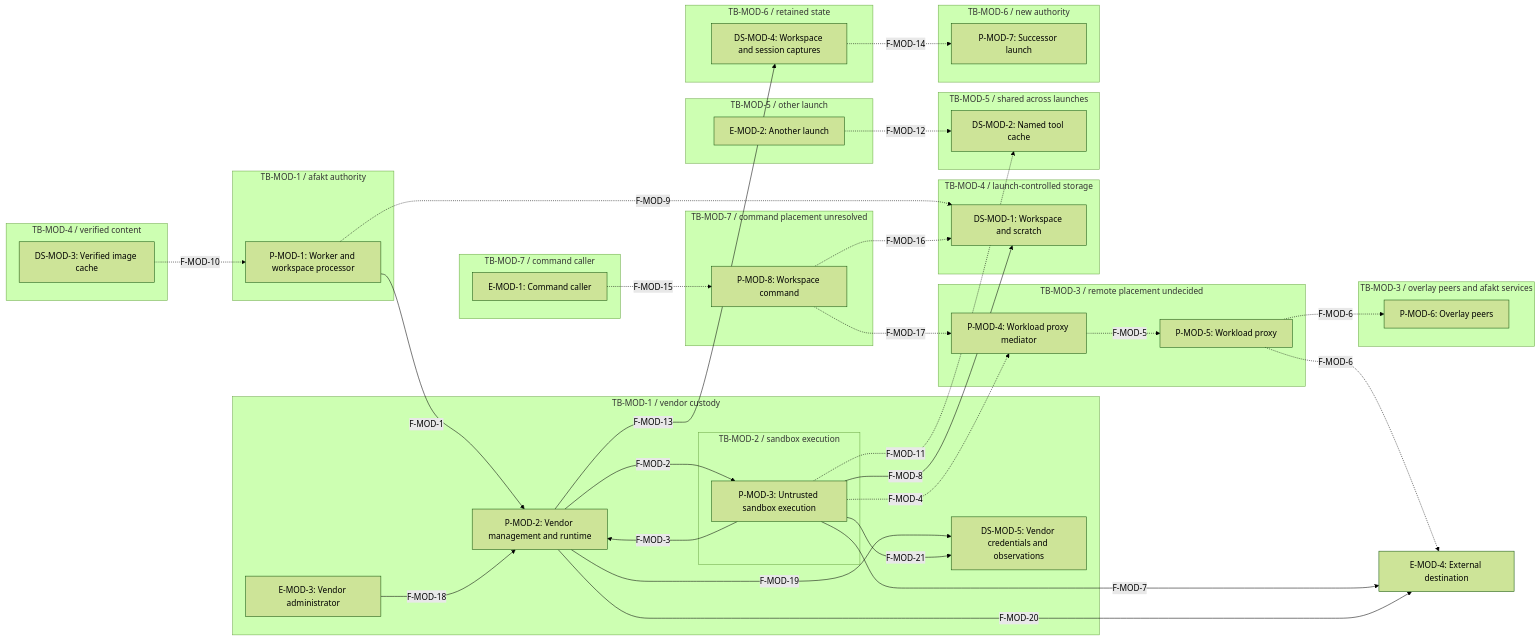
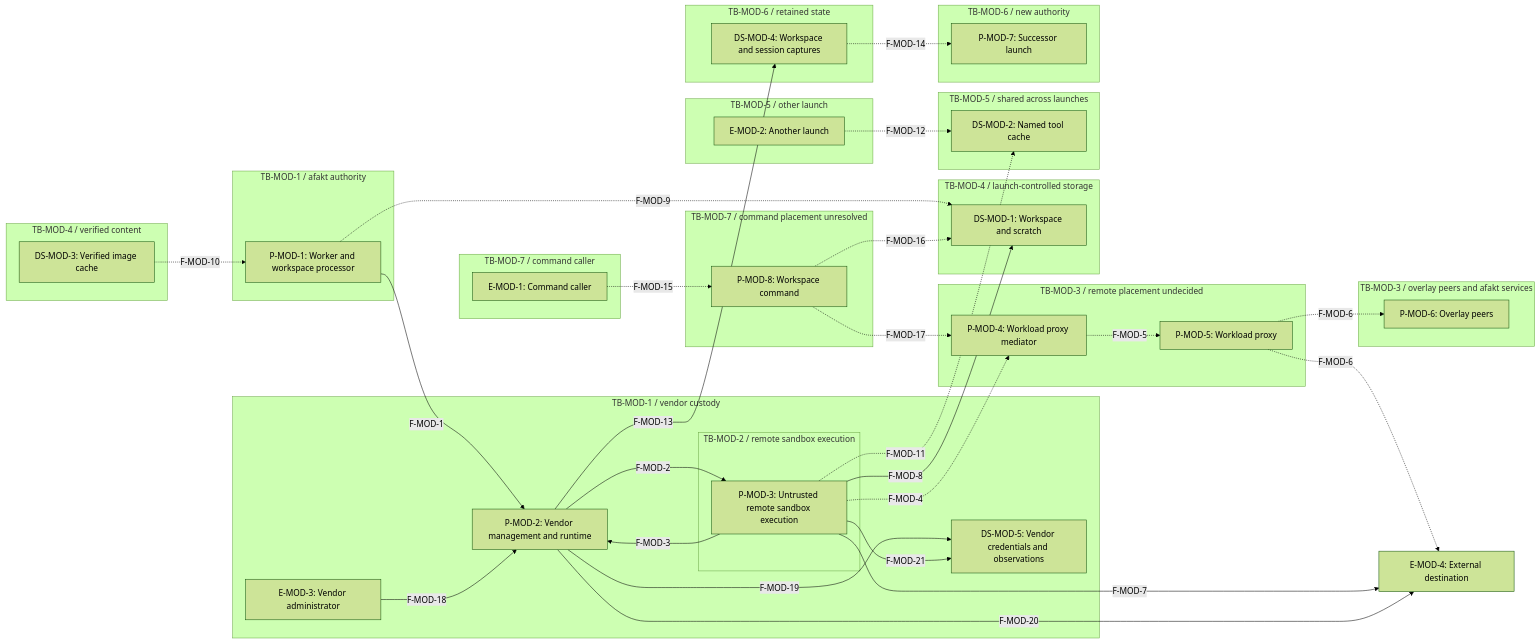
One commit to tbhb-dev/afakt changed the first of 5 diagrams in docs/workload-threat-model-modal.md. Above: the diagram before and after it, drawn with Mermaid (forest theme). The commit also changed other lines of this file and 73 other files, not shown here.

````diff
--- a/docs/workload-threat-model-modal.md
+++ b/docs/workload-threat-model-modal.md
@@ -64,68 +64,68 @@
 ```mermaid
 flowchart LR
     subgraph vendor["TB-MOD-1 / vendor custody"]
         P-MOD-2["P-MOD-2: Vendor management and runtime"]
         E-MOD-3["E-MOD-3: Vendor administrator"]
         DS-MOD-5["DS-MOD-5: Vendor credentials and observations"]
-        subgraph execution["TB-MOD-2 / sandbox execution"]
-            P-MOD-3["P-MOD-3: Untrusted sandbox execution"]
+        subgraph execution["TB-MOD-2 / remote sandbox execution"]
+            P-MOD-3["P-MOD-3: Untrusted remote sandbox execution"]
         end
     end
     subgraph afakt["TB-MOD-1 / afakt authority"]
         P-MOD-1["P-MOD-1: Worker and workspace processor"]
     end
     subgraph mediation["TB-MOD-3 / remote placement undecided"]
         P-MOD-4["P-MOD-4: Workload proxy mediator"]
         P-MOD-5["P-MOD-5: Workload proxy"]
     end
     subgraph services["TB-MOD-3 / overlay peers and afakt services"]
         P-MOD-6["P-MOD-6: Overlay peers"]
     end
     subgraph files["TB-MOD-4 / launch-controlled storage"]
         DS-MOD-1["DS-MOD-1: Workspace and scratch"]
     end
     subgraph images["TB-MOD-4 / verified content"]
         DS-MOD-3["DS-MOD-3: Verified image cache"]
     end
     subgraph shared["TB-MOD-5 / shared across launches"]
         DS-MOD-2["DS-MOD-2: Named tool cache"]
     end
     subgraph other["TB-MOD-5 / other launch"]
         E-MOD-2["E-MOD-2: Another launch"]
     end
     subgraph capture["TB-MOD-6 / retained state"]
         DS-MOD-4["DS-MOD-4: Workspace and session captures"]
     end
     subgraph successor["TB-MOD-6 / new authority"]
         P-MOD-7["P-MOD-7: Successor launch"]
     end
     subgraph caller["TB-MOD-7 / command caller"]
         E-MOD-1["E-MOD-1: Command caller"]
     end
     subgraph command["TB-MOD-7 / command placement unresolved"]
         P-MOD-8["P-MOD-8: Workspace command"]
     end
     E-MOD-4["E-MOD-4: External destination"]
     P-MOD-1 -->|"F-MOD-1"| P-MOD-2
     P-MOD-2 -->|"F-MOD-2"| P-MOD-3
     P-MOD-3 -->|"F-MOD-3"| P-MOD-2
     P-MOD-3 -.->|"F-MOD-4"| P-MOD-4
     P-MOD-4 -.->|"F-MOD-5"| P-MOD-5
     P-MOD-5 -.->|"F-MOD-6"| P-MOD-6
     P-MOD-5 -.->|"F-MOD-6"| E-MOD-4
     P-MOD-3 -->|"F-MOD-7"| E-MOD-4
     P-MOD-3 -->|"F-MOD-8"| DS-MOD-1
     P-MOD-1 -.->|"F-MOD-9"| DS-MOD-1
     DS-MOD-3 -.->|"F-MOD-10"| P-MOD-1
     P-MOD-3 -.->|"F-MOD-11"| DS-MOD-2
     E-MOD-2 -.->|"F-MOD-12"| DS-MOD-2
     P-MOD-2 -->|"F-MOD-13"| DS-MOD-4
     DS-MOD-4 -.->|"F-MOD-14"| P-MOD-7
     E-MOD-1 -.->|"F-MOD-15"| P-MOD-8
     P-MOD-8 -.->|"F-MOD-16"| DS-MOD-1
     P-MOD-8 -.->|"F-MOD-17"| P-MOD-4
     E-MOD-3 -->|"F-MOD-18"| P-MOD-2
     P-MOD-2 -->|"F-MOD-19"| DS-MOD-5
     P-MOD-2 -->|"F-MOD-20"| E-MOD-4
     P-MOD-3 -->|"F-MOD-21"| DS-MOD-5
 ```
````
